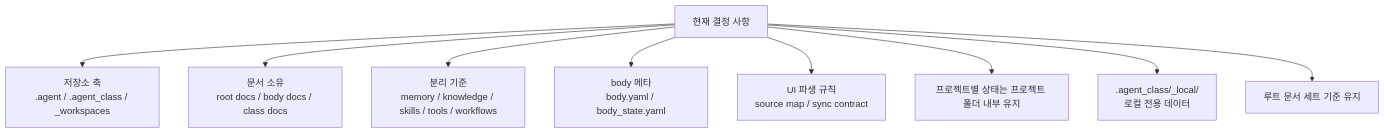
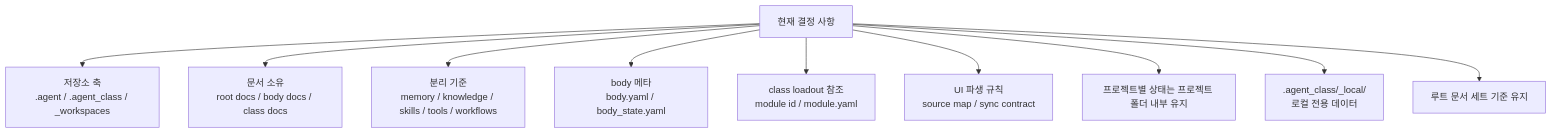
One commit to SungYongMOON/soulforge changed the diagram in docs/architecture/CURRENT_DECISIONS.md. Above: the diagram before and after it, drawn with Mermaid. The commit also changed other lines of this file and 19 other files, not shown here.

````diff
--- a/docs/architecture/CURRENT_DECISIONS.md
+++ b/docs/architecture/CURRENT_DECISIONS.md
@@ -5,11 +5,12 @@
 ```mermaid
 flowchart TD
   D["현재 결정 사항"] --> S["저장소 축<br/>.agent / .agent_class / _workspaces"]
   D --> O["문서 소유<br/>root docs / body docs / class docs"]
   D --> M["분리 기준<br/>memory / knowledge / skills / tools / workflows"]
   D --> B["body 메타<br/>body.yaml / body_state.yaml"]
+  D --> C2["class loadout 참조<br/>module id / module.yaml"]
   D --> U["UI 파생 규칙<br/>source map / sync contract"]
   D --> P["프로젝트별 상태는 프로젝트 폴더 내부 유지"]
   D --> L[".agent_class/_local/<br/>로컬 전용 데이터"]
   D --> R["루트 문서 세트 기준 유지"]
 ```
````
